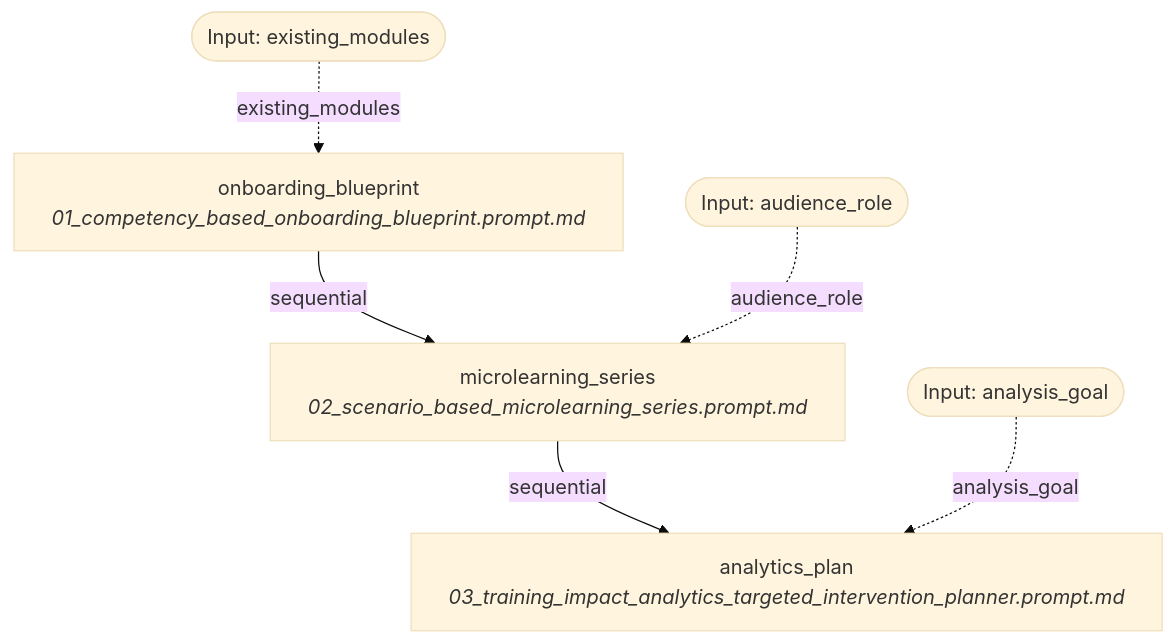
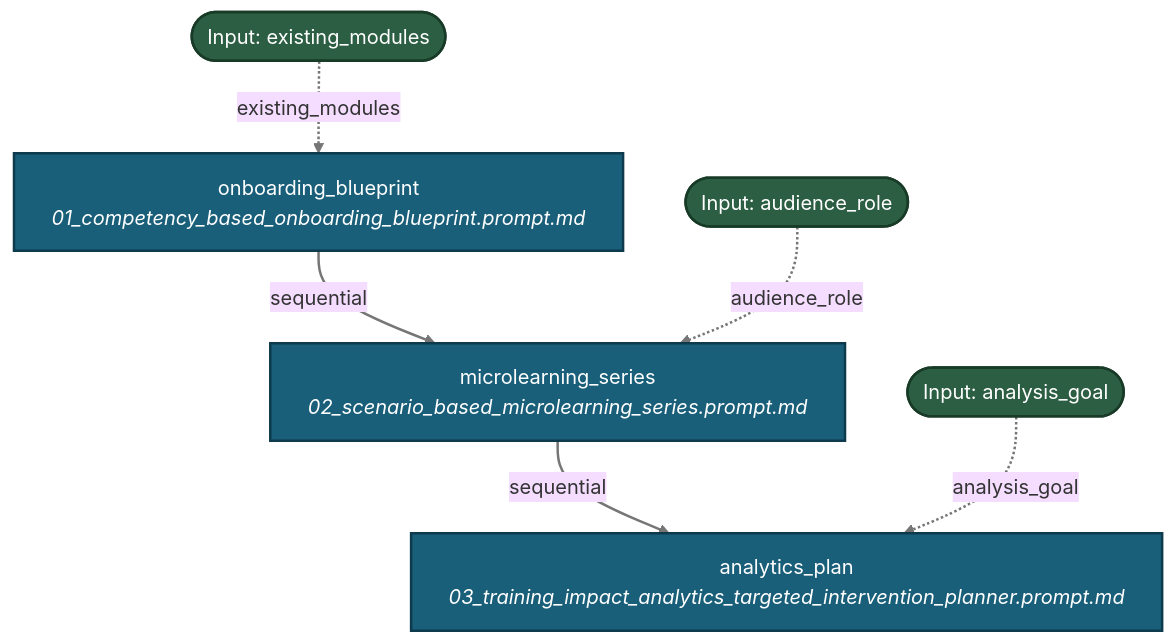
Before and after one commit to fderuiter/proompts: the diagram in docs/workflows/learning_development.md, drawn with Mermaid (base theme). The commit also changed 267 other files, not shown here.

````diff
--- a/docs/workflows/learning_development.md
+++ b/docs/workflows/learning_development.md
@@ -11,14 +11,17 @@
 ```mermaid
 graph TD
-    INPUT_existing_modules([Input: existing_modules])
-    INPUT_audience_role([Input: audience_role])
-    INPUT_analysis_goal([Input: analysis_goal])
-    onboarding_blueprint[onboarding_blueprint<br><i>01_competency_based_onboarding_blueprint.prompt.md</i>]
+    classDef stepNode fill:#1a5f7a,stroke:#0d3a4d,stroke-width:2px,color:#ffffff;
+    classDef inputNode fill:#2c5e43,stroke:#183b27,stroke-width:2px,color:#ffffff;
+    INPUT_existing_modules([Input: existing_modules]):::inputNode
+    INPUT_audience_role([Input: audience_role]):::inputNode
+    INPUT_analysis_goal([Input: analysis_goal]):::inputNode
+    onboarding_blueprint[onboarding_blueprint<br><i>01_competency_based_onboarding_blueprint.prompt.md</i>]:::stepNode
     INPUT_existing_modules -. existing_modules .-> onboarding_blueprint
     onboarding_blueprint -->|sequential| microlearning_series
-    microlearning_series[microlearning_series<br><i>02_scenario_based_microlearning_series.prompt.md</i>]
+    microlearning_series[microlearning_series<br><i>02_scenario_based_microlearning_series.prompt.md</i>]:::stepNode
     INPUT_audience_role -. audience_role .-> microlearning_series
     microlearning_series -->|sequential| analytics_plan
-    analytics_plan[analytics_plan<br><i>03_training_impact_analytics_targeted_intervention_planner.prompt.md</i>]
+    analytics_plan[analytics_plan<br><i>03_training_impact_analytics_targeted_intervention_planner.prompt.md</i>]:::stepNode
     INPUT_analysis_goal -. analysis_goal .-> analytics_plan
+    linkStyle default stroke:#767676,stroke-width:2px;
 ```
````
